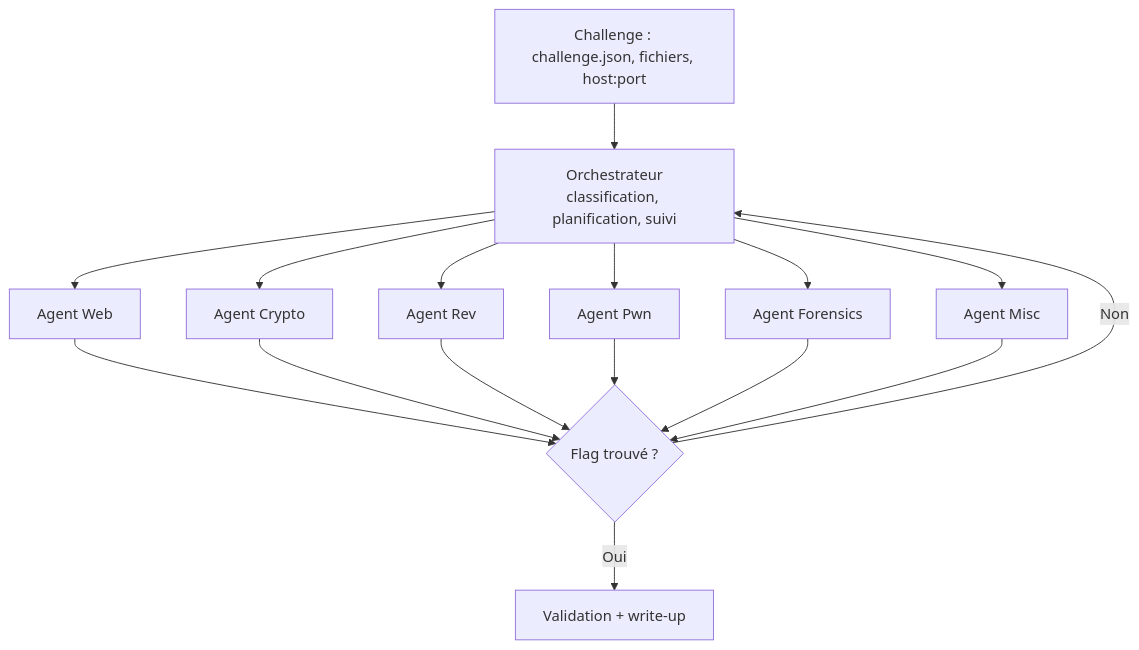
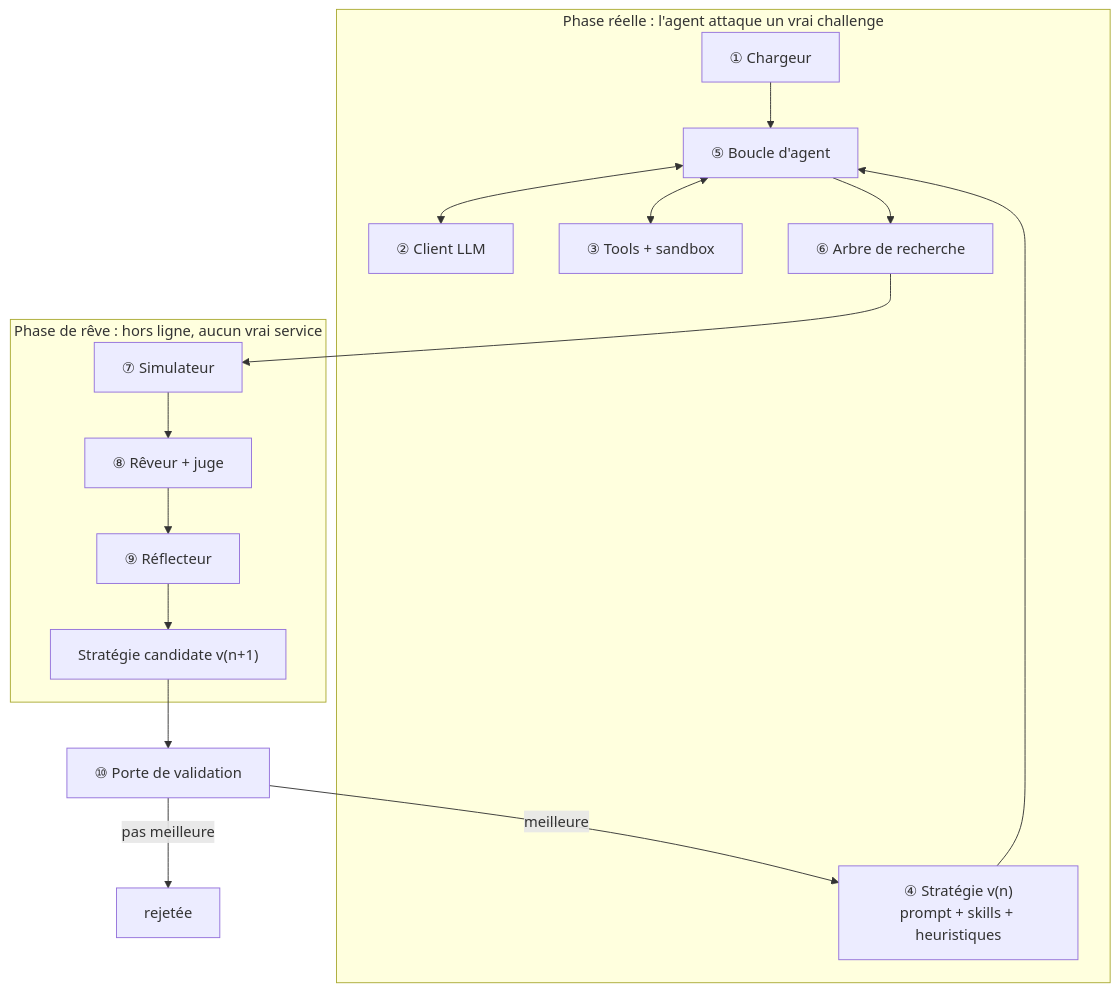
The diagram in Readme.md (SimonDelep/CtfAgent), drawn with Mermaid before and after one commit. The commit also changed other lines of this file, not shown here.

````diff
--- a/Readme.md
+++ b/Readme.md
@@ -15,15 +7,19 @@
 ```mermaid
 flowchart TB
-    CH["Challenge : challenge.json, fichiers, host:port"] --> O["Orchestrateur<br/>classification, planification, suivi"]
-
-    O --> W["Agent Web"]
-    O --> C["Agent Crypto"]
-    O --> R["Agent Rev"]
-    O --> P["Agent Pwn"]
-    O --> F["Agent Forensics"]
-    O --> M["Agent Misc"]
-
-    W & C & R & P & F & M --> V{"Flag trouvé ?"}
-    V -->|"Oui"| WU["Validation + write-up"]
-    V -->|"Non"| O
+    subgraph REEL["Phase réelle : l'agent attaque un vrai challenge"]
+        CH["① Chargeur"] --> AG["⑤ Boucle d'agent"]
+        POL["④ Stratégie v(n)<br/>prompt + skills + heuristiques"] --> AG
+        AG <--> LLM["② Client LLM"]
+        AG <--> TOOLS["③ Tools + sandbox"]
+        AG --> TREE["⑥ Arbre de recherche"]
+    end
+    subgraph REVE["Phase de rêve : hors ligne, aucun vrai service"]
+        TREE --> SIM["⑦ Simulateur"]
+        SIM --> DREAM["⑧ Rêveur + juge"]
+        DREAM --> REF["⑨ Réflecteur"]
+        REF --> CAND["Stratégie candidate v(n+1)"]
+    end
+    CAND --> GATE["⑩ Porte de validation"]
+    GATE -->|"meilleure"| POL
+    GATE -->|"pas meilleure"| X["rejetée"]
 ```
````
